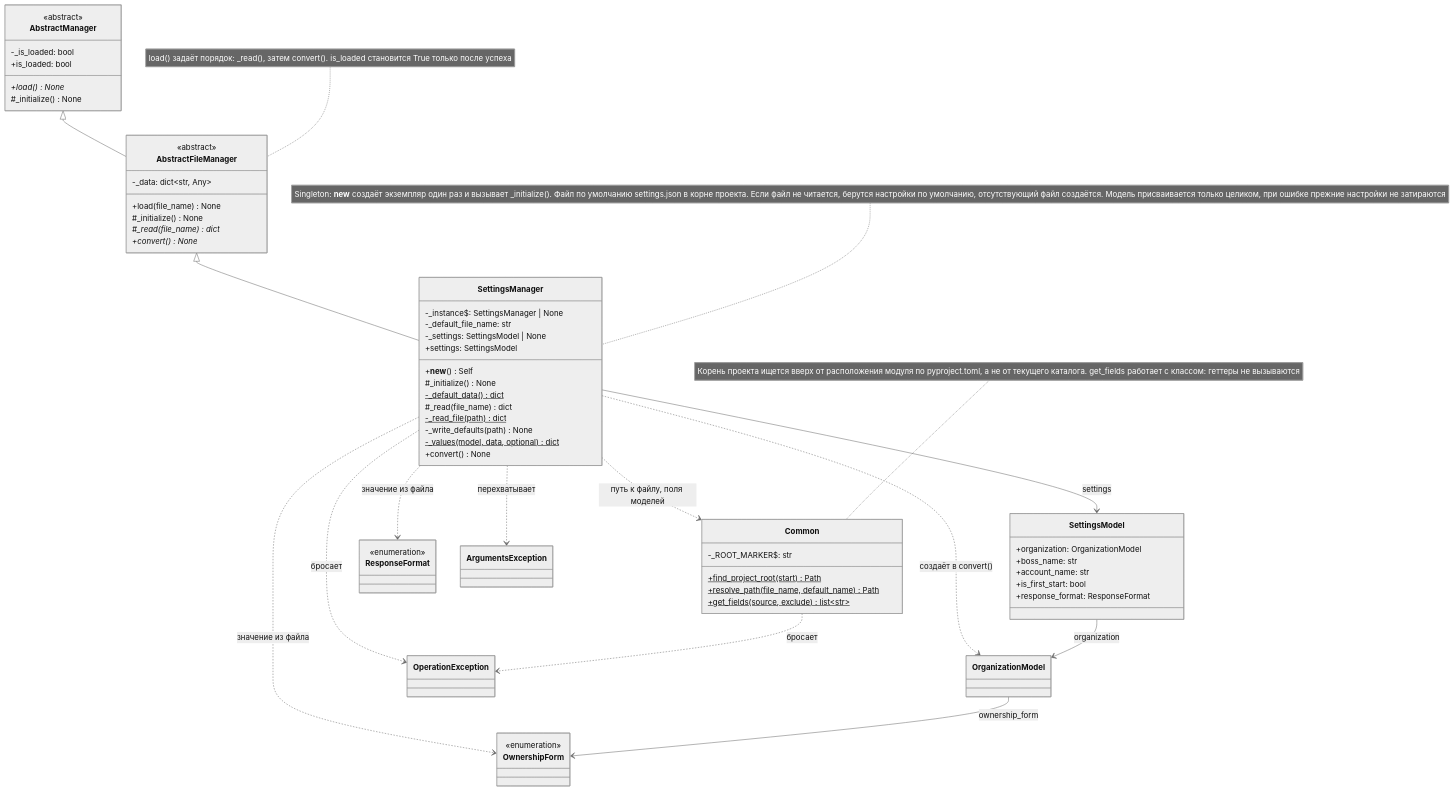
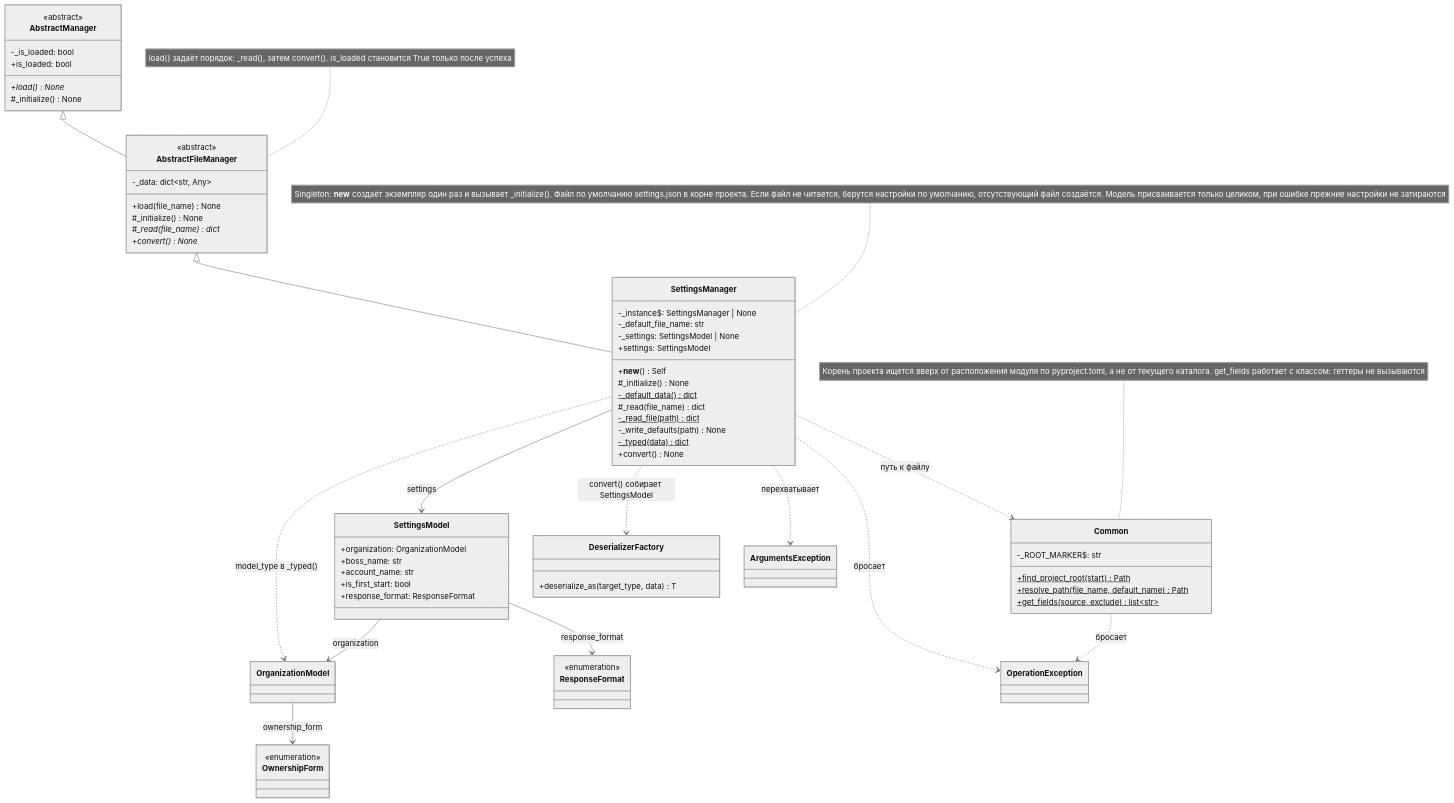
The fourth of 9 diagrams in Docs/ClassDiagram.md (asutenshi/design-patterns), drawn with Mermaid (neutral theme) before and after one commit. The commit also changed other lines of this file and 1 other file, not shown here.

Commit message:
docs: describe CRUD API and update class diagrams

````diff
--- a/Docs/ClassDiagram.md
+++ b/Docs/ClassDiagram.md
@@ -453,7 +481,7 @@
         #_read(file_name) dict
         -_read_file(path)$ dict
         -_write_defaults(path) None
-        -_values(model, data, optional)$ dict
+        -_typed(data)$ dict
         +convert() None
     }
 
@@ -474,6 +502,9 @@
     class ResponseFormat {
         <<enumeration>>
     }
+    class DeserializerFactory {
+        +deserialize_as(target_type, data) T
+    }
     class ArgumentsException
     class OperationException
 
@@ -482,11 +513,11 @@
     SettingsManager --> SettingsModel : settings
     SettingsModel --> OrganizationModel : organization
     OrganizationModel --> OwnershipForm : ownership_form
-    SettingsManager ..> Common : путь к файлу, поля моделей
+    SettingsModel --> ResponseFormat : response_format
+    SettingsManager ..> Common : путь к файлу
     Common ..> OperationException : бросает
-    SettingsManager ..> OrganizationModel : создаёт в convert()
-    SettingsManager ..> OwnershipForm : значение из файла
-    SettingsManager ..> ResponseFormat : значение из файла
+    SettingsManager ..> DeserializerFactory : convert() собирает SettingsModel
+    SettingsManager ..> OrganizationModel : model_type в _typed()
     SettingsManager ..> ArgumentsException : перехватывает
     SettingsManager ..> OperationException : бросает
 ```
````
